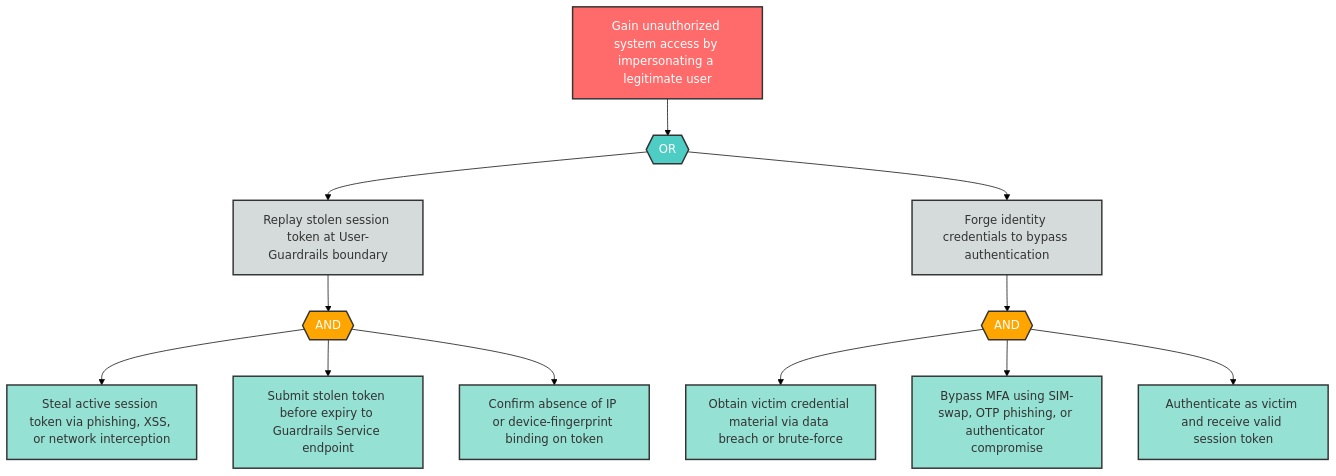
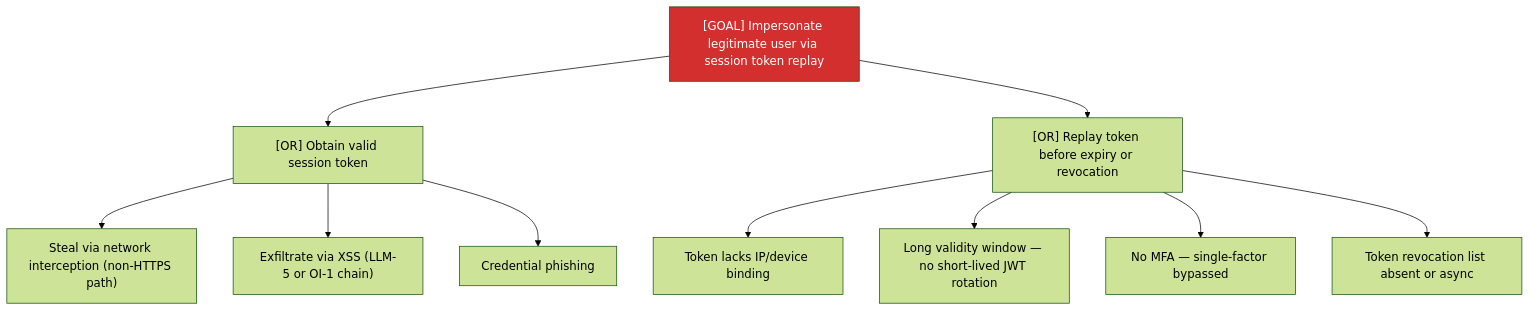
One commit to q-qp-p/davidmatousek-tachi changed the diagram in examples/agentic-app/sample-report/attack-trees/s-1-attack-tree.md. Above: the diagram before and after it, drawn with Mermaid (forest theme). The commit also changed other lines of this file and 132 other files, not shown here.

````diff
--- a/examples/agentic-app/sample-report/attack-trees/s-1-attack-tree.md
+++ b/examples/agentic-app/sample-report/attack-trees/s-1-attack-tree.md
@@ -8,39 +7,15 @@
 ```mermaid
-flowchart TD
-    S1_root["Gain unauthorized system access by impersonating a legitimate user"]
-    S1_or1{{"OR"}}
-    S1_sub1["Replay stolen session token at User-Guardrails boundary"]
-    S1_sub2["Forge identity credentials to bypass authentication"]
-    S1_and1{{"AND"}}
-    S1_leaf1["Steal active session token via phishing, XSS, or network interception"]
-    S1_leaf2["Submit stolen token before expiry to Guardrails Service endpoint"]
-    S1_leaf3["Confirm absence of IP or device-fingerprint binding on token"]
-    S1_and2{{"AND"}}
-    S1_leaf4["Obtain victim credential material via data breach or brute-force"]
-    S1_leaf5["Bypass MFA using SIM-swap, OTP phishing, or authenticator compromise"]
-    S1_leaf6["Authenticate as victim and receive valid session token"]
-
-    S1_root --> S1_or1
-    S1_or1 --> S1_sub1
-    S1_or1 --> S1_sub2
-    S1_sub1 --> S1_and1
-    S1_and1 --> S1_leaf1
-    S1_and1 --> S1_leaf2
-    S1_and1 --> S1_leaf3
-    S1_sub2 --> S1_and2
-    S1_and2 --> S1_leaf4
-    S1_and2 --> S1_leaf5
-    S1_and2 --> S1_leaf6
-
-    classDef goal fill:#ff6b6b,stroke:#333,stroke-width:2px,color:#fff
-    classDef andGate fill:#ffa500,stroke:#333,stroke-width:2px,color:#fff
-    classDef orGate fill:#4ecdc4,stroke:#333,stroke-width:2px,color:#fff
-    classDef subGoal fill:#d5dbdb,stroke:#333,stroke-width:2px,color:#333
-    classDef leaf fill:#95e1d3,stroke:#333,stroke-width:2px,color:#333
-
-    class S1_root goal
-    class S1_or1 orGate
-    class S1_and1,S1_and2 andGate
-    class S1_sub1,S1_sub2 subGoal
-    class S1_leaf1,S1_leaf2,S1_leaf3,S1_leaf4,S1_leaf5,S1_leaf6 leaf
+graph TD
+    Goal["[GOAL] Impersonate legitimate user via session token replay"]
+    Goal --> A["[OR] Obtain valid session token"]
+    A --> A1["Steal via network interception (non-HTTPS path)"]
+    A --> A2["Exfiltrate via XSS (LLM-5 or OI-1 chain)"]
+    A --> A3["Credential phishing"]
+    Goal --> B["[OR] Replay token before expiry or revocation"]
+    B --> B1["Token lacks IP/device binding"]
+    B --> B2["Long validity window — no short-lived JWT rotation"]
+    B --> B3["No MFA — single-factor bypassed"]
+    B --> B4["Token revocation list absent or async"]
+    classDef critical fill:#d32f2f,color:#fff
+    class Goal critical
 ```
````
